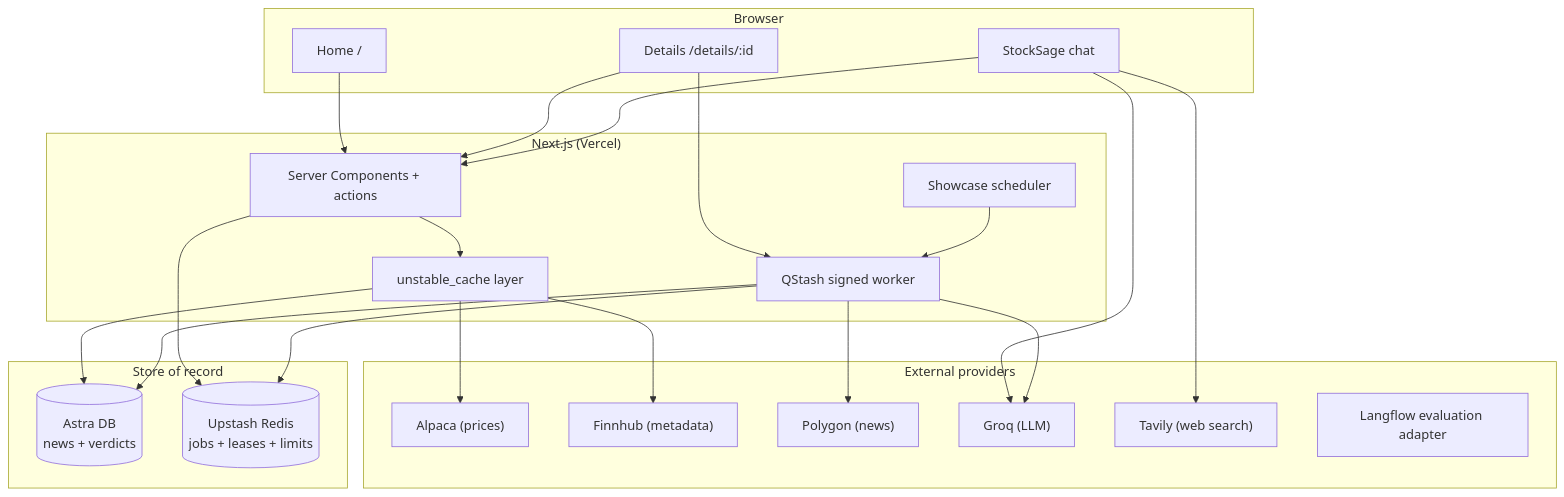
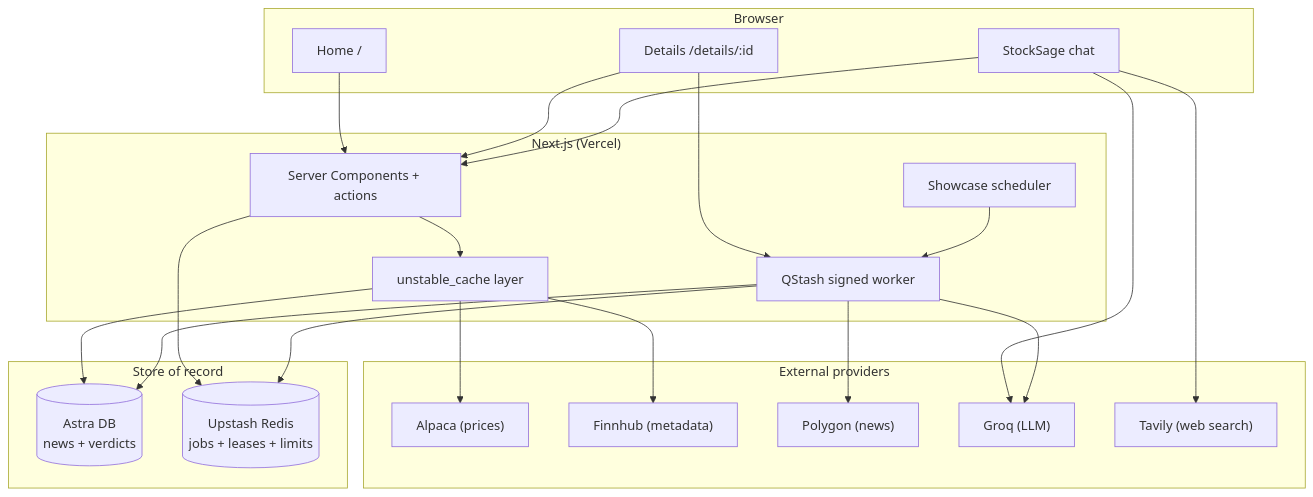
Before and after one commit to HarshitBadam/trade-intel: the first of 3 diagrams in docs/architecture.md, drawn with Mermaid. The commit also changed other lines of this file and 28 other files, not shown here.

````diff
--- a/docs/architecture.md
+++ b/docs/architecture.md
@@ -19,47 +18,46 @@
 ```mermaid
 flowchart TB
   subgraph client["Browser"]
     HOME["Home /"]
     DETAIL["Details /details/:id"]
     CHAT["StockSage chat"]
   end
 
   subgraph next["Next.js (Vercel)"]
     RSC["Server Components + actions"]
     CACHE["unstable_cache layer"]
     SCHEDULER["Showcase scheduler"]
     QUEUE["QStash signed worker"]
   end
 
   subgraph store["Store of record"]
     ASTRA[(Astra DB<br/>news + verdicts)]
     REDIS[(Upstash Redis<br/>jobs + leases + limits)]
   end
 
   subgraph providers["External providers"]
     ALPACA["Alpaca (prices)"]
     FINNHUB["Finnhub (metadata)"]
     POLYGON["Polygon (news)"]
     GROQ["Groq (LLM)"]
     TAVILY["Tavily (web search)"]
-    LANGFLOW["Langflow evaluation adapter"]
   end
 
   HOME --> RSC
   DETAIL --> RSC
   CHAT --> RSC
   RSC --> CACHE
   CACHE --> ASTRA
   CACHE --> ALPACA
   CACHE --> FINNHUB
   RSC --> REDIS
   CHAT --> GROQ
   CHAT --> TAVILY
 
   DETAIL --> QUEUE
   SCHEDULER --> QUEUE
   QUEUE --> REDIS
   QUEUE --> POLYGON
   QUEUE --> GROQ
   QUEUE --> ASTRA
 ```
````
